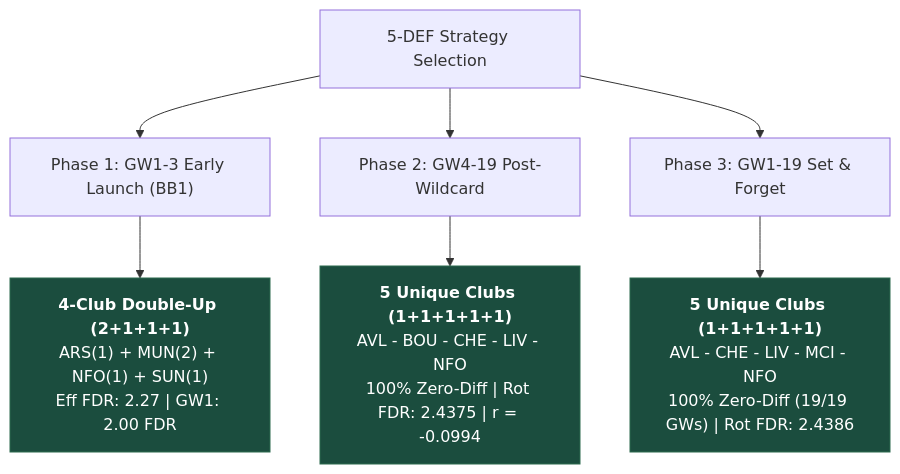
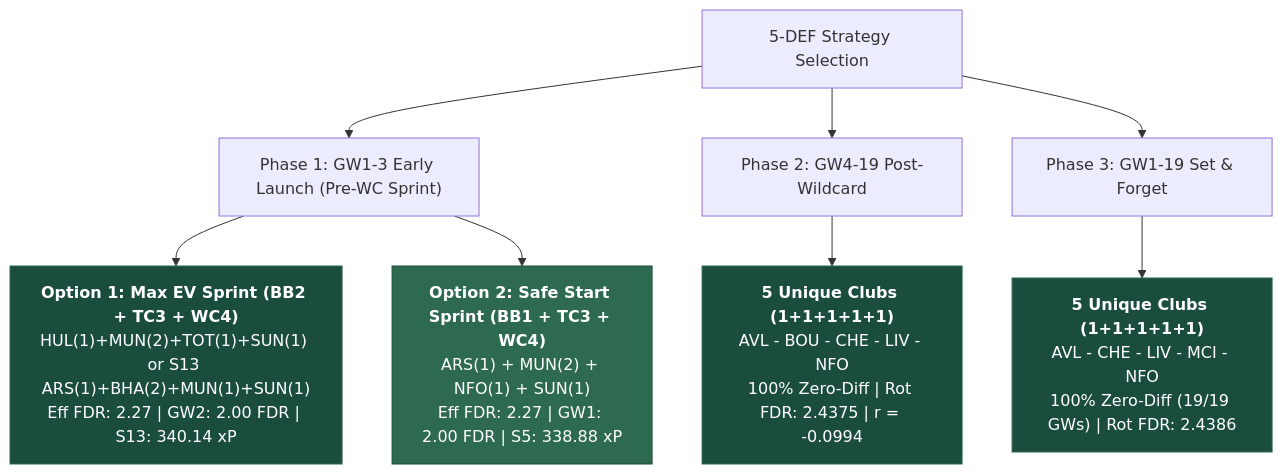
Before and after one commit to JubileeZ/fpl-jubilee-ascent: the first of 2 diagrams in docs/research/def-fixture-rotation/def-fixture-rotation.md, drawn with Mermaid. The commit also changed other lines of this file and 26 other files, not shown here.

Commit message:
feat(research): align DEF, GKP, pipeline, and ownership suites to BB2/TC3/WC4 strategy

````diff
--- a/docs/research/def-fixture-rotation/def-fixture-rotation.md
+++ b/docs/research/def-fixture-rotation/def-fixture-rotation.md
@@ -43,14 +42,16 @@
 ```mermaid
 flowchart TD
-    Strategy["5-DEF Strategy Selection"] --> Early["Phase 1: GW1-3 Early Launch (BB1)"]
+    Strategy["5-DEF Strategy Selection"] --> Early["Phase 1: GW1-3 Early Launch (Pre-WC Sprint)"]
     Strategy --> PostWC["Phase 2: GW4-19 Post-Wildcard"]
     Strategy --> Full["Phase 3: GW1-19 Set & Forget"]
 
-    Early --> EarlyPick["<b>4-Club Double-Up (2+1+1+1)</b><br>ARS(1) + MUN(2) + NFO(1) + SUN(1)<br>Eff FDR: 2.27 | GW1: 2.00 FDR"]
+    Early --> EarlyBB2["<b>Option 1: Max EV Sprint (BB2 + TC3 + WC4)</b><br>HUL(1)+MUN(2)+TOT(1)+SUN(1) or S13 ARS(1)+BHA(2)+MUN(1)+SUN(1)<br>Eff FDR: 2.27 | GW2: 2.00 FDR | S13: 340.14 xP"]
+    Early --> EarlyBB1["<b>Option 2: Safe Start Sprint (BB1 + TC3 + WC4)</b><br>ARS(1) + MUN(2) + NFO(1) + SUN(1)<br>Eff FDR: 2.27 | GW1: 2.00 FDR | S5: 338.88 xP"]
     PostWC --> PostWCPick["<b>5 Unique Clubs (1+1+1+1+1)</b><br>AVL - BOU - CHE - LIV - NFO<br>100% Zero-Diff | Rot FDR: 2.4375 | r = -0.0994"]
     Full --> FullPick["<b>5 Unique Clubs (1+1+1+1+1)</b><br>AVL - CHE - LIV - MCI - NFO<br>100% Zero-Diff (19/19 GWs) | Rot FDR: 2.4386"]
 
-    style EarlyPick fill:#1b4d3e,stroke:#2d6a4f,color:#fff
+    style EarlyBB2 fill:#1b4d3e,stroke:#2d6a4f,color:#fff
+    style EarlyBB1 fill:#2d6a4f,stroke:#1b4d3e,color:#fff
     style PostWCPick fill:#1b4d3e,stroke:#2d6a4f,color:#fff
     style FullPick fill:#1b4d3e,stroke:#2d6a4f,color:#fff
 ```
````
